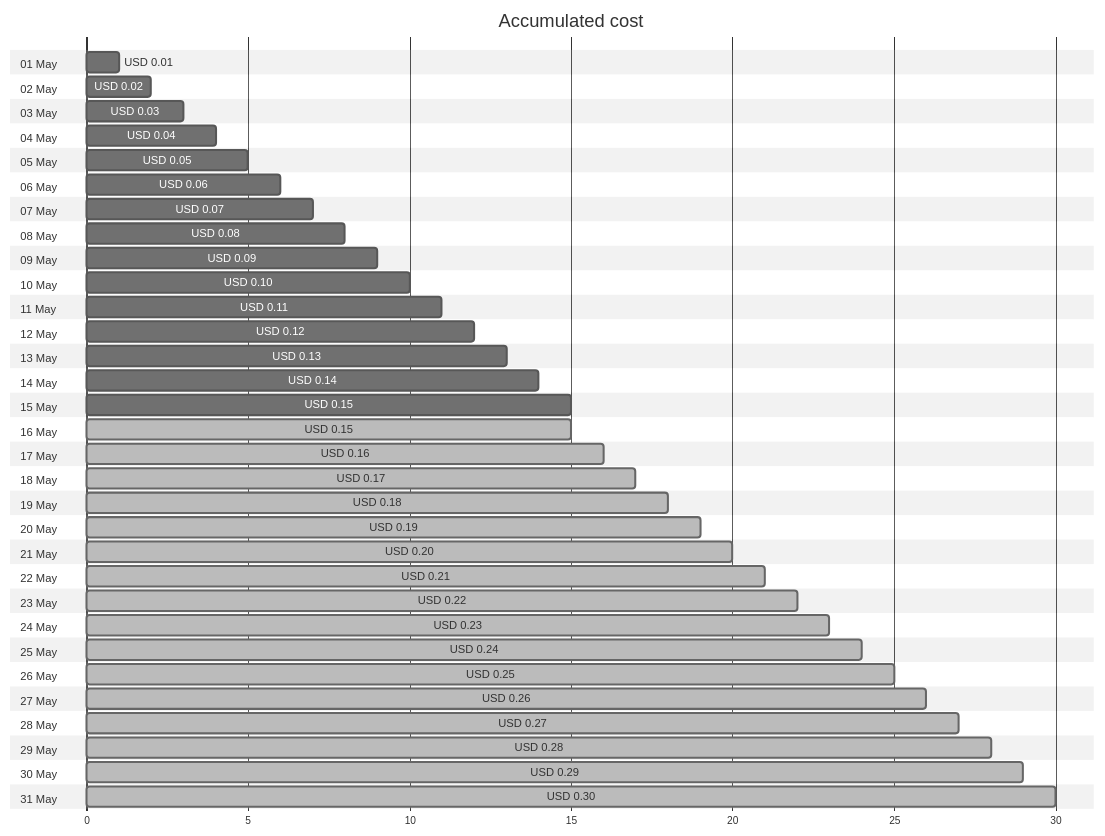
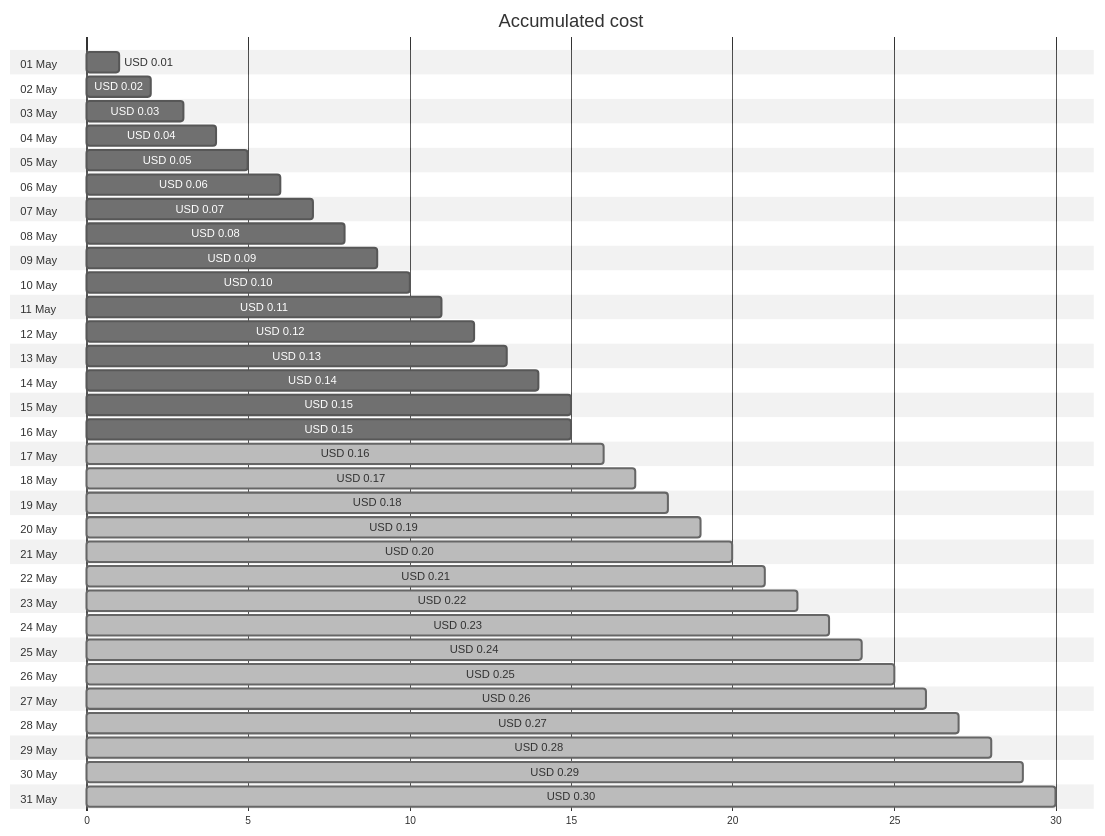
Before and after one commit to jpfulton/azure-personal-reports: the first of 4 diagrams in cost-reports/cloud-shell-storage-eastus/README.md, drawn with Mermaid (neutral theme). The commit also changed other lines of this file and 1 other file, not shown here.

````diff
--- a/cost-reports/cloud-shell-storage-eastus/README.md
+++ b/cost-reports/cloud-shell-storage-eastus/README.md
@@ -20,68 +20,68 @@
 ```mermaid
 gantt
    title Accumulated cost
    dateFormat  X
    axisFormat %s
    section 01 May
    USD 0.01 :0, 1
    section 02 May
    USD 0.02 :0, 2
    section 03 May
    USD 0.03 :0, 3
    section 04 May
    USD 0.04 :0, 4
    section 05 May
    USD 0.05 :0, 5
    section 06 May
    USD 0.06 :0, 6
    section 07 May
    USD 0.07 :0, 7
    section 08 May
    USD 0.08 :0, 8
    section 09 May
    USD 0.09 :0, 9
    section 10 May
    USD 0.10 :0, 10
    section 11 May
    USD 0.11 :0, 11
    section 12 May
    USD 0.12 :0, 12
    section 13 May
    USD 0.13 :0, 13
    section 14 May
    USD 0.14 :0, 14
    section 15 May
    USD 0.15 :0, 15
    section 16 May
-   USD 0.15 : done, 0, 15
+   USD 0.15 :0, 15
    section 17 May
    USD 0.16 : done, 0, 16
    section 18 May
    USD 0.17 : done, 0, 17
    section 19 May
    USD 0.18 : done, 0, 18
    section 20 May
    USD 0.19 : done, 0, 19
    section 21 May
    USD 0.20 : done, 0, 20
    section 22 May
    USD 0.21 : done, 0, 21
    section 23 May
    USD 0.22 : done, 0, 22
    section 24 May
    USD 0.23 : done, 0, 23
    section 25 May
    USD 0.24 : done, 0, 24
    section 26 May
    USD 0.25 : done, 0, 25
    section 27 May
    USD 0.26 : done, 0, 26
    section 28 May
    USD 0.27 : done, 0, 27
    section 29 May
    USD 0.28 : done, 0, 28
    section 30 May
    USD 0.29 : done, 0, 29
    section 31 May
    USD 0.30 : done, 0, 30
 ```
````
